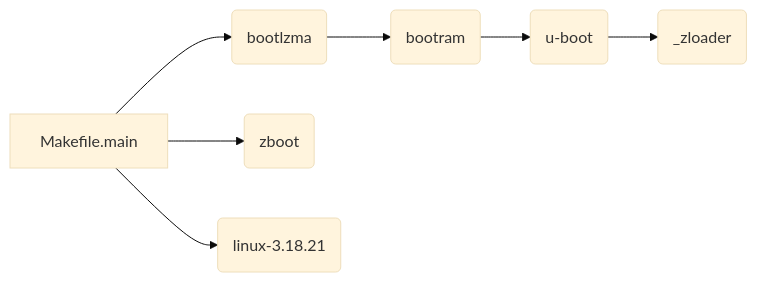
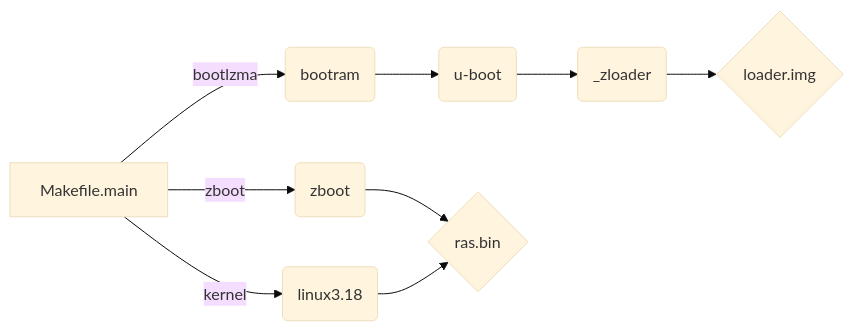
One commit to chear/SWNote changed the second of 2 diagrams in ZyXEL.md. Above: the diagram before and after it, drawn with Mermaid (base theme). The commit also changed other lines of this file and 16 other files, not shown here.

````diff
--- a/ZyXEL.md
+++ b/ZyXEL.md
@@ -158,9 +162,11 @@
 ```mermaid
 graph LR
-all[Makefile.main] -->boot(bootlzma)
-boot --> bootram(bootram)
+all[Makefile.main] -->|bootlzma| bootram(bootram)
 bootram --> u-boot(u-boot)
 u-boot --> zloader(_zloader)
-all --> zboot(zboot)
-all --> kernel(linux-3.18.21)
+zloader-->loader{loader.img}
+all --> |zboot|zboot(zboot)
+all --> |kernel|kernel(linux3.18)
+zboot --> ras{ras.bin}
+kernel --> ras
 ```
````
